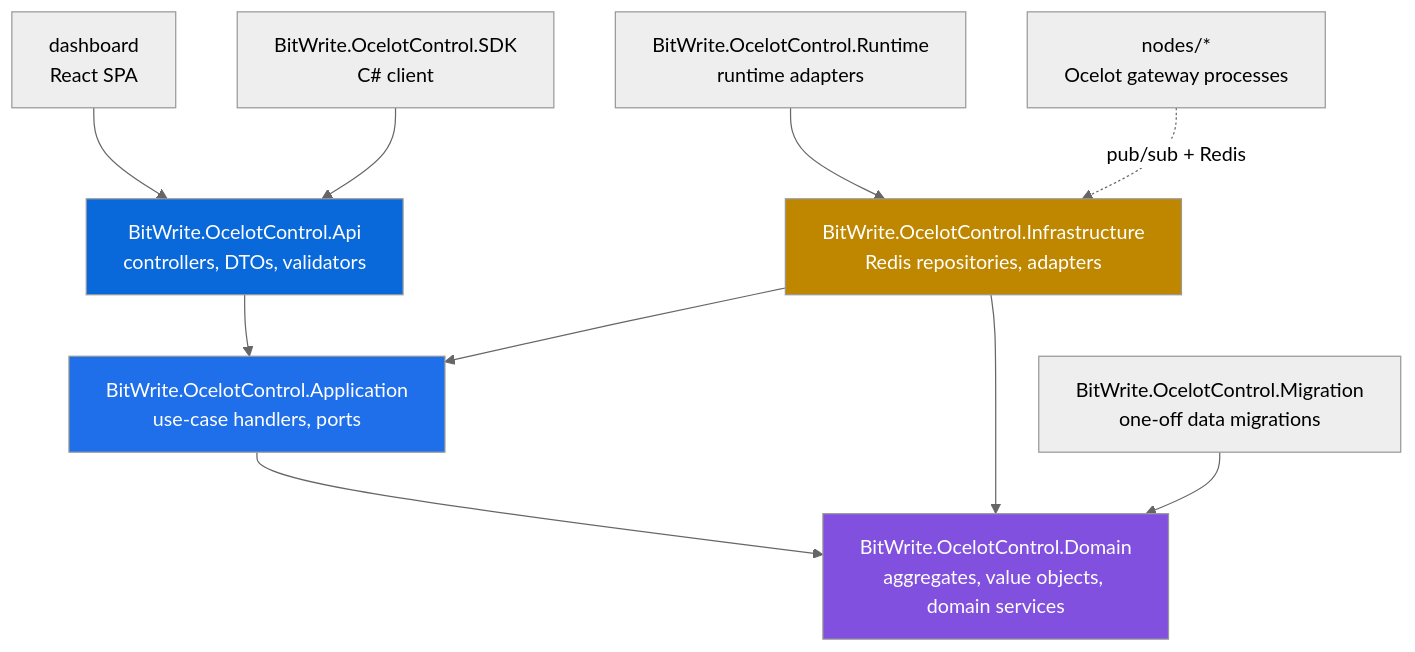
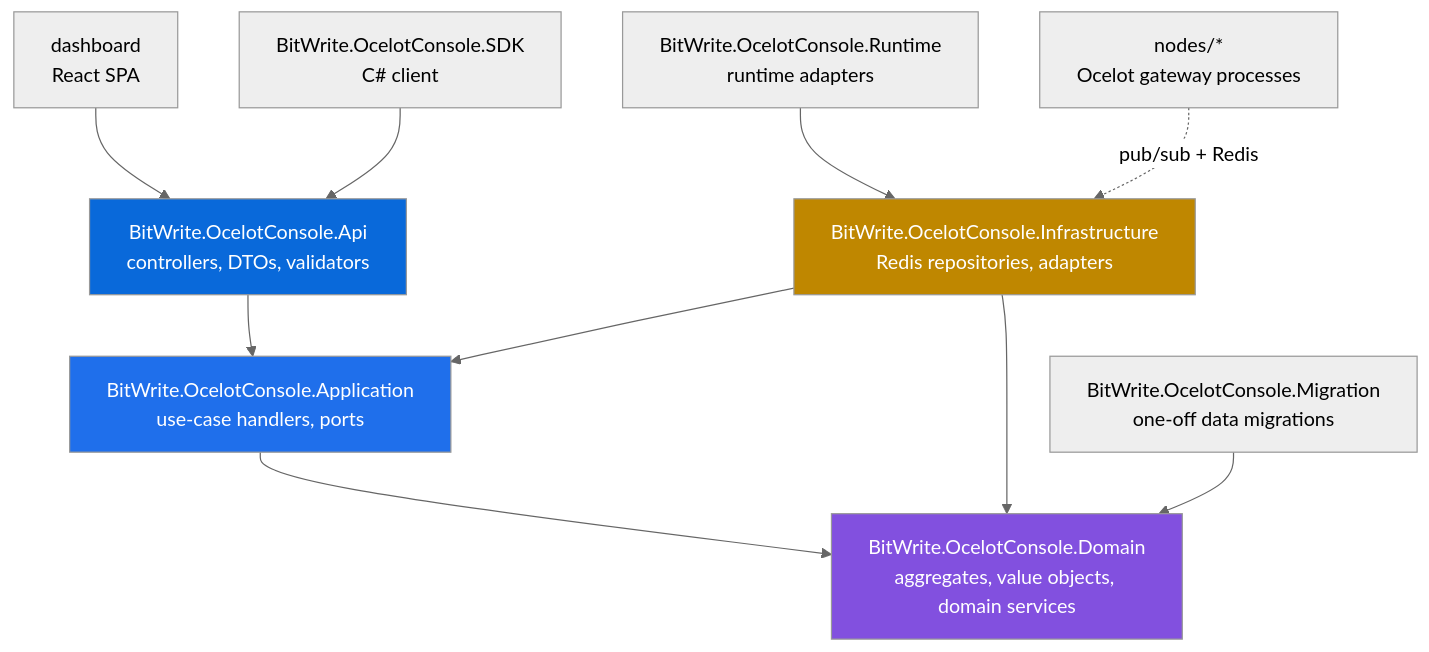
Before and after one commit to bitwrite-dev/BitWrite-Ocelot-Console: the second of 3 diagrams in README.md, drawn with Mermaid (neutral theme). The commit also changed other lines of this file and 739 other files, not shown here.

First line of the commit message:
refactor: rename the product to BitWrite Ocelot Console

````diff
--- a/README.md
+++ b/README.md
@@ -121,27 +126,27 @@
 ```mermaid
 flowchart TD
-    API[BitWrite.OcelotControl.Api<br/>controllers, DTOs, validators]
-    APP[BitWrite.OcelotControl.Application<br/>use-case handlers, ports]
-    DOM[BitWrite.OcelotControl.Domain<br/>aggregates, value objects, domain services]
-    INF[BitWrite.OcelotControl.Infrastructure<br/>Redis repositories, adapters]
+    API[BitWrite.OcelotConsole.Api<br/>controllers, DTOs, validators]
+    APP[BitWrite.OcelotConsole.Application<br/>use-case handlers, ports]
+    DOM[BitWrite.OcelotConsole.Domain<br/>aggregates, value objects, domain services]
+    INF[BitWrite.OcelotConsole.Infrastructure<br/>Redis repositories, adapters]
     DASH[dashboard<br/>React SPA]
     NODES[nodes/*<br/>Ocelot gateway processes]
-    SDK[BitWrite.OcelotControl.SDK<br/>C# client]
-    MIG[BitWrite.OcelotControl.Migration<br/>one-off data migrations]
-    RUN[BitWrite.OcelotControl.Runtime<br/>runtime adapters]
+    SDK[BitWrite.OcelotConsole.SDK<br/>C# client]
+    MIG[BitWrite.OcelotConsole.Migration<br/>one-off data migrations]
+    RUN[BitWrite.OcelotConsole.Runtime<br/>runtime adapters]
 
     DASH --> API
     SDK --> API
     API --> APP
     APP --> DOM
     INF --> APP
     INF --> DOM
     RUN --> INF
     MIG --> DOM
     NODES -.->|pub/sub + Redis| INF
 
     style DOM fill:#8250df,color:#fff
     style APP fill:#1f6feb,color:#fff
     style API fill:#0969da,color:#fff
     style INF fill:#bf8700,color:#fff
 ```
````
